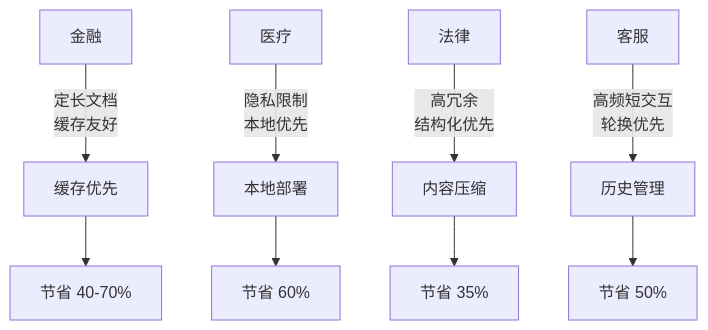
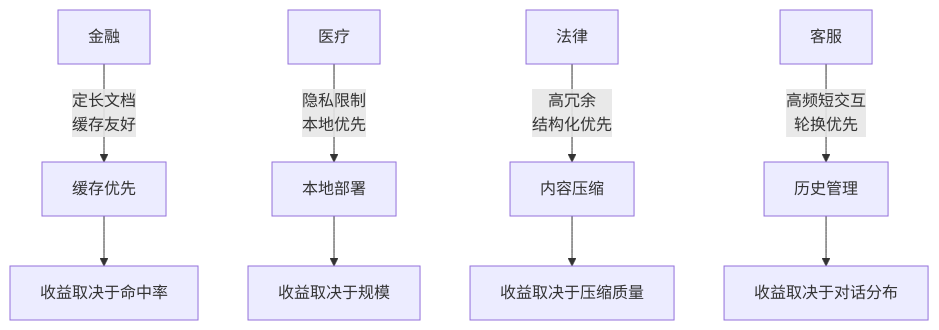
The second of 2 diagrams in 12_production/12.2.2_cost_optimization_industry.md (yeasy/context_engineering_guide), drawn with Mermaid before and after one commit. The commit also changed other lines of this file and 20 other files, not shown here.

````diff
--- a/12_production/12.2.2_cost_optimization_industry.md
+++ b/12_production/12.2.2_cost_optimization_industry.md
@@ -753,12 +753,12 @@
 ```mermaid
 graph TB
     A["金融"] -->|"定长文档<br/>缓存友好"| B["缓存优先"]
     C["医疗"] -->|"隐私限制<br/>本地优先"| D["本地部署"]
     E["法律"] -->|"高冗余<br/>结构化优先"| F["内容压缩"]
     G["客服"] -->|"高频短交互<br/>轮换优先"| H["历史管理"]
 
-    B --> I["节省 40-70%"]
-    D --> J["节省 60%"]
-    F --> K["节省 35%"]
-    H --> L["节省 50%"]
+    B --> I["收益取决于命中率"]
+    D --> J["收益取决于规模"]
+    F --> K["收益取决于压缩质量"]
+    H --> L["收益取决于对话分布"]
 ```
````
